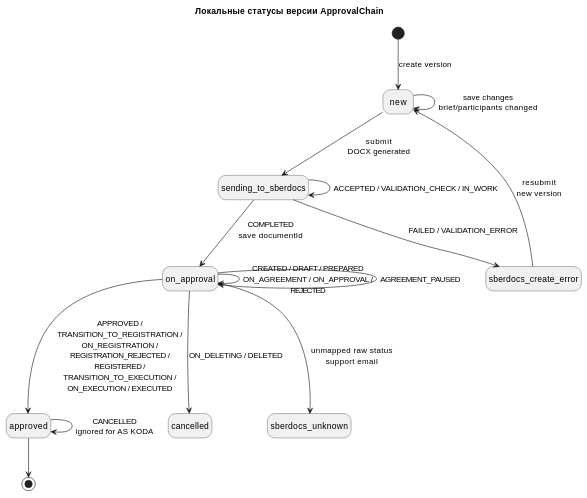
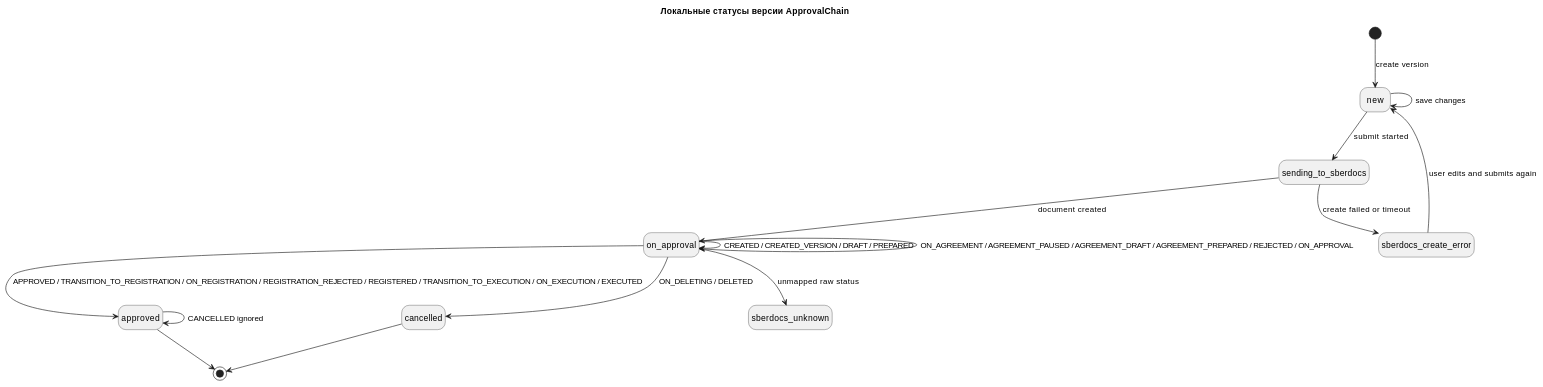
One commit to shuhart75/changeswork-copy changed the third of 3 diagrams in features/approvals/slices/core-process/requirements/backend.md. Above: the diagram before and after it, drawn with PlantUML. The commit also changed other lines of this file and 36 other files, not shown here.

````diff
--- a/features/approvals/slices/core-process/requirements/backend.md
+++ b/features/approvals/slices/core-process/requirements/backend.md
@@ -134,34 +169,31 @@
 ```plantuml
 @startuml
 title Локальные статусы версии ApprovalChain
 hide empty description
 
 state "new" as st_new
 state "sending_to_sberdocs" as sending
 state "sberdocs_create_error" as create_error
 state "on_approval" as on_approval
 state "approved" as approved
 state "cancelled" as cancelled
 state "sberdocs_unknown" as unknown
 
 [*] --> st_new : create version
-st_new --> st_new : save changes\nbrief/participants changed
-st_new --> sending : submit\nDOCX generated
+st_new --> st_new : save changes
+st_new --> sending : submit started
+sending --> on_approval : document created
+sending --> create_error : create failed or timeout
 
-sending --> sending : ACCEPTED / VALIDATION_CHECK / IN_WORK
-sending --> on_approval : COMPLETED\nsave documentId
-sending --> create_error : FAILED / VALIDATION_ERROR
+on_approval --> on_approval : CREATED / CREATED_VERSION / DRAFT / PREPARED
+on_approval --> on_approval : ON_AGREEMENT / AGREEMENT_PAUSED / AGREEMENT_DRAFT / AGREEMENT_PREPARED / REJECTED / ON_APPROVAL
+on_approval --> approved : APPROVED / TRANSITION_TO_REGISTRATION / ON_REGISTRATION / REGISTRATION_REJECTED / REGISTERED / TRANSITION_TO_EXECUTION / ON_EXECUTION / EXECUTED
+on_approval --> cancelled : ON_DELETING / DELETED
+on_approval --> unknown : unmapped raw status
 
-on_approval --> on_approval : CREATED / DRAFT / PREPARED\nON_AGREEMENT / ON_APPROVAL /\nREJECTED
-on_approval --> on_approval : AGREEMENT_PAUSED
-on_approval --> approved : APPROVED /\nTRANSITION_TO_REGISTRATION /\nON_REGISTRATION /\nREGISTRATION_REJECTED /\nREGISTERED /\nTRANSITION_TO_EXECUTION /\nON_EXECUTION / EXECUTED
-
-on_approval --> cancelled : ON_DELETING / DELETED
-on_approval --> unknown : unmapped raw status\nsupport email
-
-create_error --> st_new : resubmit\nnew version
-
-approved --> approved : CANCELLED\nignored for AS KODA
+approved --> approved : CANCELLED ignored
 approved --> [*]
+cancelled --> [*]
+create_error --> st_new : user edits and submits again
 @enduml
 ```
````
